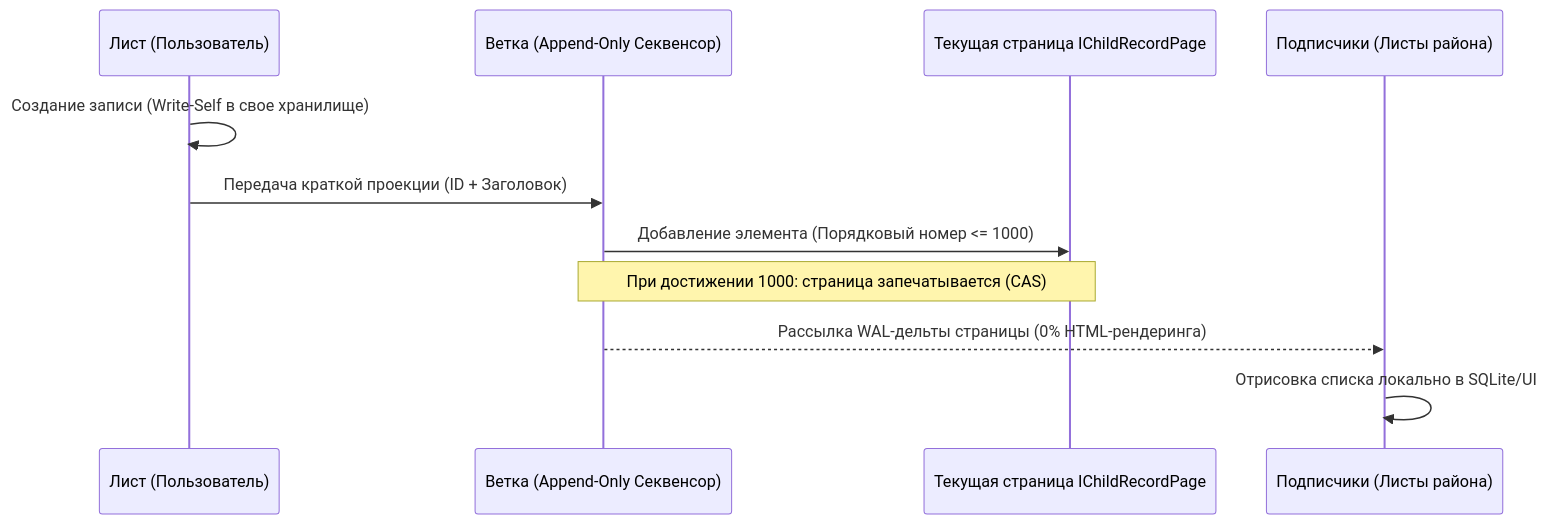
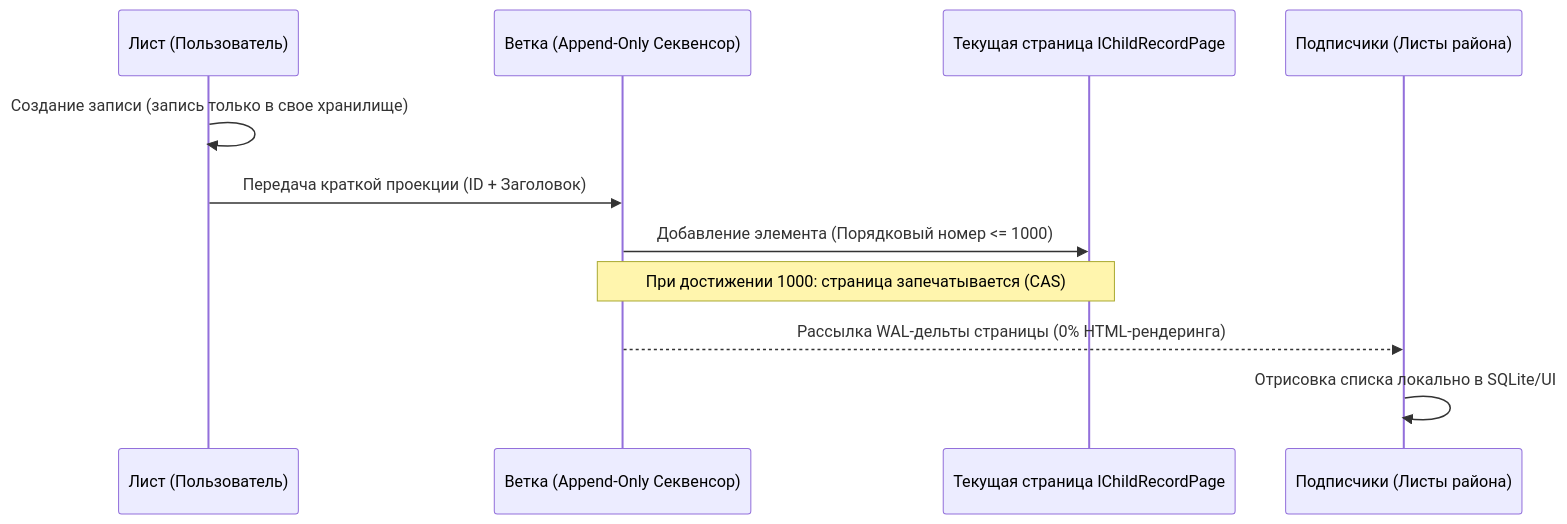
One commit to Data-Independence-Network/presentations changed diagram 12 of 13 in architecture_presentations/04_branch_pipeline_and_storage/docs/presentation_deck.md. Above: the diagram before and after it, drawn with Mermaid. The commit also changed other lines of this file and 88 other files, not shown here.

```diff
--- a/architecture_presentations/04_branch_pipeline_and_storage/docs/presentation_deck.md
+++ b/architecture_presentations/04_branch_pipeline_and_storage/docs/presentation_deck.md
@@ -636,14 +636,14 @@
         <div class="mermaid">
 sequenceDiagram
     participant Leaf as Лист (Пользователь)
     participant Sequencer as Ветка (Append-Only Секвенсор)
     participant ActivePage as Текущая страница IChildRecordPage
     participant Subscribers as Подписчики (Листы района)
 
-    Leaf->>Leaf: Создание записи (Write-Self в свое хранилище)
+    Leaf->>Leaf: Создание записи (запись только в свое хранилище)
     Leaf->>Sequencer: Передача краткой проекции (ID + Заголовок)
     Sequencer->>ActivePage: Добавление элемента (Порядковый номер &lt;= 1000)
     Note over Sequencer,ActivePage: При достижении 1000: страница запечатывается (CAS)
     Sequencer-->>Subscribers: Рассылка WAL-дельты страницы (0% HTML-рендеринга)
     Subscribers->>Subscribers: Отрисовка списка локально в SQLite/UI
         </div>
```
